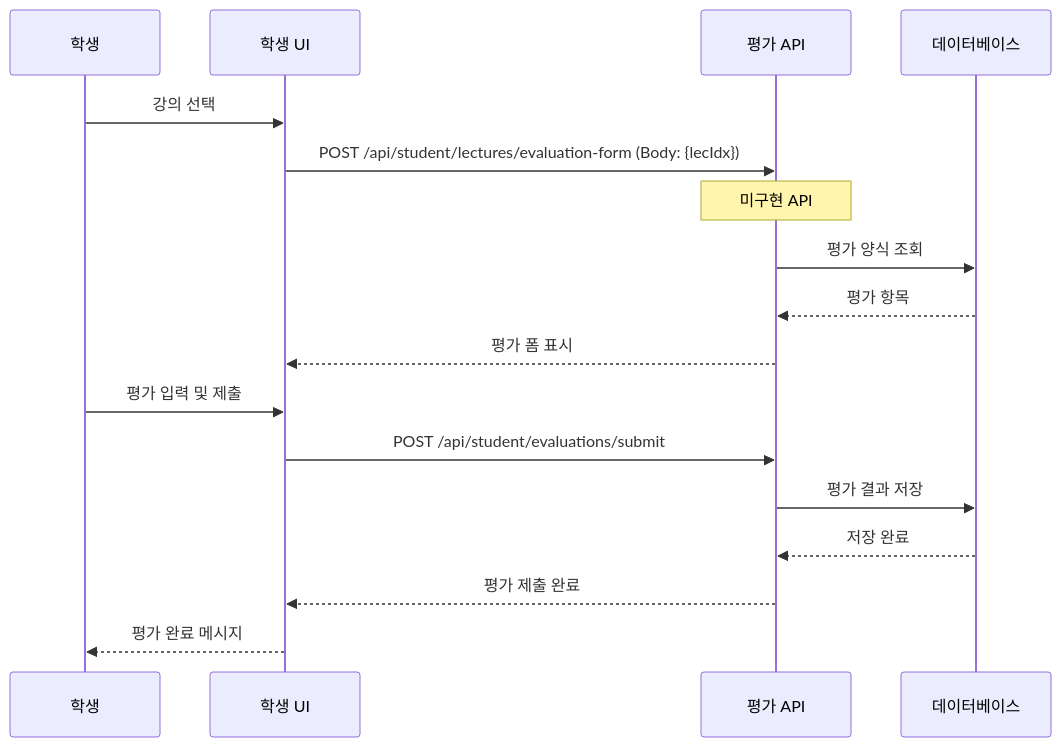
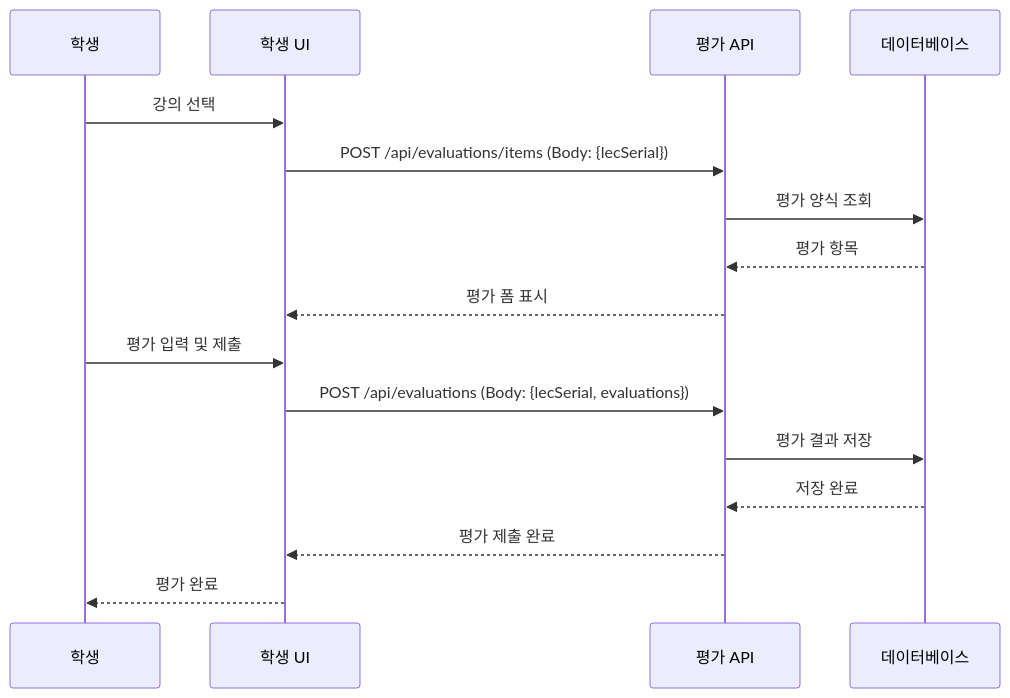
Before and after one commit to hooting76/blue-crab-lms: the tenth of 10 diagrams in backend/BlueCrab/docs/강의관련기능/06-학생플로우.md, drawn with Mermaid. The commit also changed other lines of this file and 19 other files, not shown here.

````diff
--- a/backend/BlueCrab/docs/강의관련기능/06-학생플로우.md
+++ b/backend/BlueCrab/docs/강의관련기능/06-학생플로우.md
@@ -259,21 +308,20 @@
 ```mermaid
 sequenceDiagram
     participant Student as 학생
     participant UI as 학생 UI
     participant API as 평가 API
     participant DB as 데이터베이스
 
     Student->>UI: 강의 선택
-    UI->>API: POST /api/student/lectures/evaluation-form (Body: {lecIdx})
-    Note over API:  미구현 API
+    UI->>API: POST /api/evaluations/items (Body: {lecSerial})
     API->>DB: 평가 양식 조회
     DB-->>API: 평가 항목
     API-->>UI: 평가 폼 표시
 
     Student->>UI: 평가 입력 및 제출
-    UI->>API: POST /api/student/evaluations/submit
+    UI->>API: POST /api/evaluations (Body: {lecSerial, evaluations})
     API->>DB: 평가 결과 저장
     DB-->>API: 저장 완료
     API-->>UI: 평가 제출 완료
-    UI-->>Student: 평가 완료 메시지
+    UI-->>Student: 평가 완료
 ```
````
